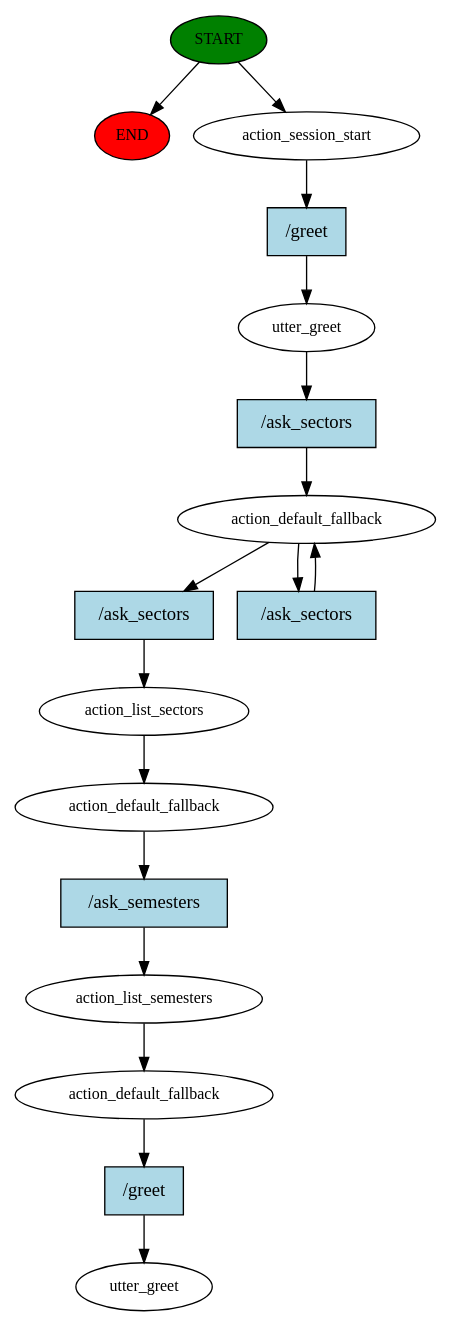
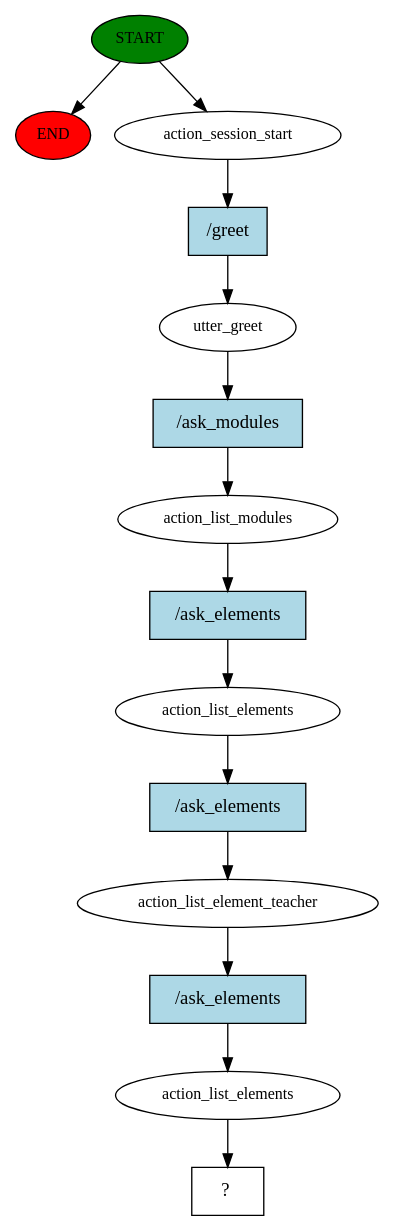
One commit to yb403/ChatBotAI-costumer-service changed the diagram in story_graph.dot. Above: the diagram before and after it, drawn with Graphviz. The commit also changed 4 other files, not shown here.

```diff
--- a/story_graph.dot
+++ b/story_graph.dot
@@ -1,34 +1,29 @@
 digraph  {
 0 [class="start active", fillcolor=green, fontsize=12, label=START, style=filled];
 "-1" [class=end, fillcolor=red, fontsize=12, label=END, style=filled];
 1 [class=active, fontsize=12, label=action_session_start];
 2 [class=active, fontsize=12, label=utter_greet];
-3 [class=active, fontsize=12, label=action_default_fallback];
-5 [class=active, fontsize=12, label=action_list_sectors];
-6 [class=active, fontsize=12, label=action_default_fallback];
-7 [class=active, fontsize=12, label=action_list_semesters];
-8 [class=active, fontsize=12, label=action_default_fallback];
-9 [class="dashed active", fontsize=12, label=utter_greet];
-10 [class="intent active", fillcolor=lightblue, label="/greet", shape=rect, style=filled];
-11 [class="intent active", fillcolor=lightblue, label="/ask_sectors", shape=rect, style=filled];
-12 [class="intent active", fillcolor=lightblue, label="/ask_sectors", shape=rect, style=filled];
-13 [class="intent active", fillcolor=lightblue, label="/ask_sectors", shape=rect, style=filled];
-14 [class="intent active", fillcolor=lightblue, label="/ask_semesters", shape=rect, style=filled];
-15 [class="intent active", fillcolor=lightblue, label="/greet", shape=rect, style=filled];
+3 [class=active, fontsize=12, label=action_list_modules];
+4 [class=active, fontsize=12, label=action_list_elements];
+5 [class=active, fontsize=12, label=action_list_element_teacher];
+6 [class=active, fontsize=12, label=action_list_elements];
+7 [class="intent dashed active", label="  ?  ", shape=rect];
+8 [class="intent active", fillcolor=lightblue, label="/greet", shape=rect, style=filled];
+9 [class="intent active", fillcolor=lightblue, label="/ask_modules", shape=rect, style=filled];
+10 [class="intent active", fillcolor=lightblue, label="/ask_elements", shape=rect, style=filled];
+11 [class="intent active", fillcolor=lightblue, label="/ask_elements", shape=rect, style=filled];
+12 [class="intent active", fillcolor=lightblue, label="/ask_elements", shape=rect, style=filled];
 0 -> "-1"  [class="", key=NONE, label=""];
 0 -> 1  [class=active, key=NONE, label=""];
-1 -> 10  [class=active, key=0];
-2 -> 11  [class=active, key=0];
-3 -> 12  [class=active, key=0];
-3 -> 13  [class=active, key=0];
-5 -> 6  [class=active, key=NONE, label=""];
-6 -> 14  [class=active, key=0];
-7 -> 8  [class=active, key=NONE, label=""];
-8 -> 15  [class=active, key=0];
-10 -> 2  [class=active, key=0];
-11 -> 3  [class=active, key=0];
-12 -> 5  [class=active, key=0];
-13 -> 3  [class=active, key=0];
-14 -> 7  [class=active, key=0];
-15 -> 9  [class=active, key=0];
+1 -> 8  [class=active, key=0];
+2 -> 9  [class=active, key=0];
+3 -> 10  [class=active, key=0];
+4 -> 11  [class=active, key=0];
+5 -> 12  [class=active, key=0];
+6 -> 7  [class=active, key=NONE, label=""];
+8 -> 2  [class=active, key=0];
+9 -> 3  [class=active, key=0];
+10 -> 4  [class=active, key=0];
+11 -> 5  [class=active, key=0];
+12 -> 6  [class=active, key=0];
 }
```
